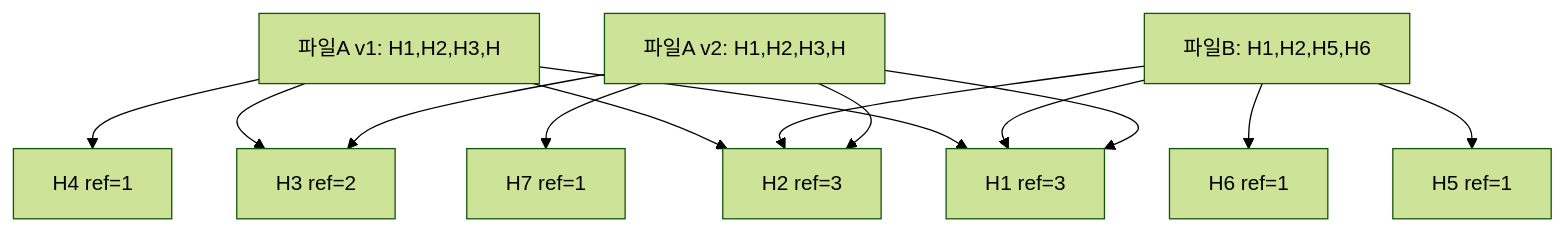
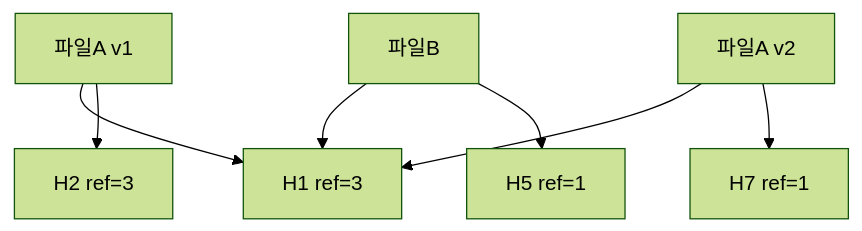
Before and after one commit to yjkim2015/yjkim2015.github.io: the seventh of 8 diagrams in _posts/systemdesign/2026-05-03-system-design-file-storage.md, drawn with Mermaid (forest theme). The commit also changed other lines of this file and 155 other files, not shown here.

First line of the commit message:
Mermaid 전면 수정: subgraph 제거, participant/노드/줄수 축소 (342블록)

````diff
--- a/_posts/systemdesign/2026-05-03-system-design-file-storage.md
+++ b/_posts/systemdesign/2026-05-03-system-design-file-storage.md
@@ -507,11 +501,9 @@
 ```mermaid
 graph TD
-    F1["파일A v1: H1,H2,H3,H"]
-    F2["파일B: H1,H2,H5,H6"]
-    F3["파일A v2: H1,H2,H3,H"]
-    H1["H1 ref=3"] & H2["H2 ref=3"] & H3["H3 ref=2"]
-    H4["H4 ref=1"] & H5["H5 ref=1"] & H6["H6 ref=1"] & H7["H7 ref=1"]
-    F1 --> H1 & H2 & H3 & H4
-    F2 --> H1 & H2 & H5 & H6
-    F3 --> H1 & H2 & H3 & H7
+    F1["파일A v1"] --> H1["H1 ref=3"]
+    F1 --> H2["H2 ref=3"]
+    F2["파일B"] --> H1
+    F2 --> H5["H5 ref=1"]
+    F3["파일A v2"] --> H1
+    F3 --> H7["H7 ref=1"]
 ```
````
